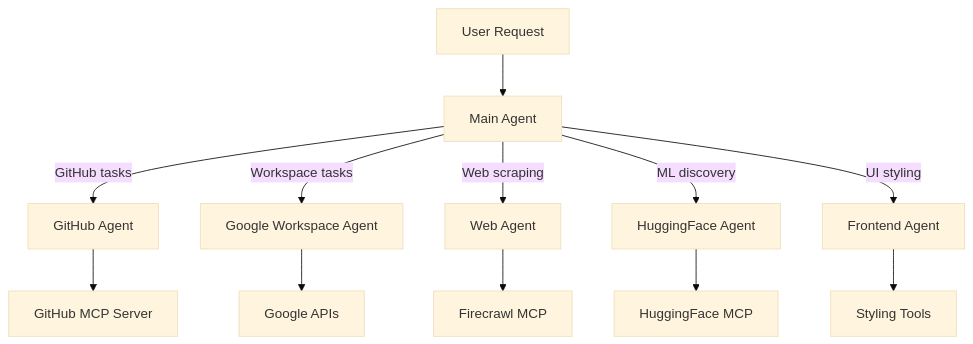
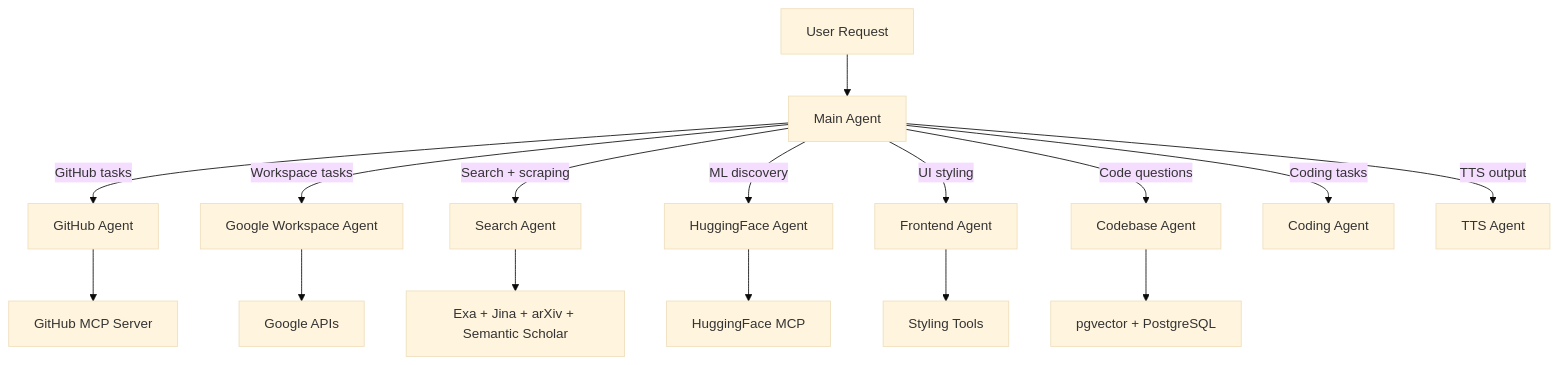
Before and after one commit to DeepStackers-Bil496/multi-agent-ai-docs: the diagram in architecture.mdx, drawn with Mermaid (base theme). The commit also changed other lines of this file and 9 other files, not shown here.

````diff
--- a/architecture.mdx
+++ b/architecture.mdx
@@ -10,15 +10,19 @@
 ```mermaid
 flowchart TD
     User[User Request] --> MainAgent[Main Agent]
     MainAgent --> |GitHub tasks| GitHubAgent[GitHub Agent]
     MainAgent --> |Workspace tasks| GoogleAgent[Google Workspace Agent]
-    MainAgent --> |Web scraping| WebAgent[Web Agent]
+    MainAgent --> |Search + scraping| SearchAgent[Search Agent]
     MainAgent --> |ML discovery| HFAgent[HuggingFace Agent]
     MainAgent --> |UI styling| FrontendAgent[Frontend Agent]
+    MainAgent --> |Code questions| CodebaseAgent[Codebase Agent]
+    MainAgent --> |Coding tasks| CodingAgent[Coding Agent]
+    MainAgent --> |TTS output| TTSAgent[TTS Agent]
     
     GitHubAgent --> MCP1[GitHub MCP Server]
     GoogleAgent --> MCP2[Google APIs]
-    WebAgent --> MCP3[Firecrawl MCP]
+    SearchAgent --> APIs[Exa + Jina + arXiv + Semantic Scholar]
     HFAgent --> MCP4[HuggingFace MCP]
     FrontendAgent --> Tools[Styling Tools]
+    CodebaseAgent --> DB[pgvector + PostgreSQL]
 ```
````
